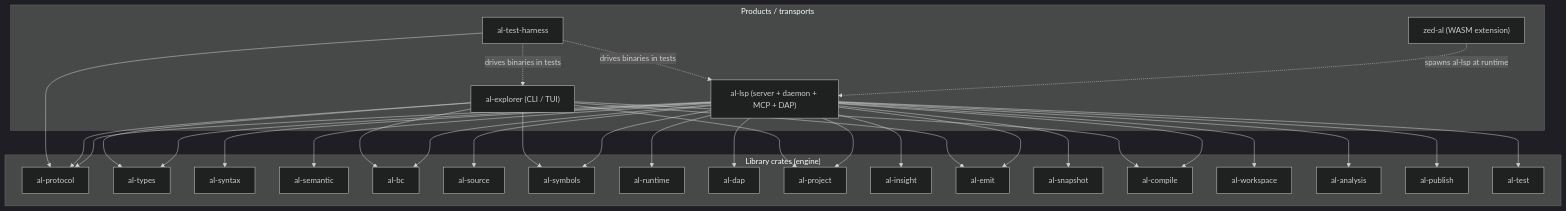
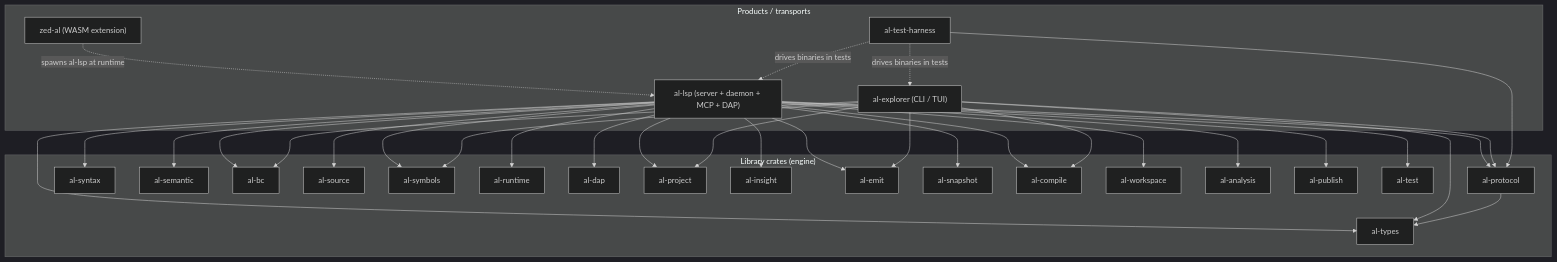
One commit to Brad-Fullwood/al.language.zed changed the second of 3 diagrams in Docs/architecture.md. Above: the diagram before and after it, drawn with Mermaid (dark theme). The commit also changed other lines of this file, not shown here.

Commit message:
docs(architecture): al-protocol depends on al-types for the private folder checks

````diff
--- a/Docs/architecture.md
+++ b/Docs/architecture.md
@@ -147,61 +148,62 @@
 ```mermaid
 graph TD
   subgraph Products["Products / transports"]
     zed_al["zed-al (WASM extension)"]
     al_lsp["al-lsp (server + daemon + MCP + DAP)"]
     al_explorer["al-explorer (CLI / TUI)"]
     al_test_harness["al-test-harness"]
   end
   subgraph Lib["Library crates (engine)"]
     al_protocol["al-protocol"]
     al_types["al-types"]
     al_syntax["al-syntax"]
     al_semantic["al-semantic"]
     al_bc["al-bc"]
     al_source["al-source"]
     al_symbols["al-symbols"]
     al_runtime["al-runtime"]
     al_dap["al-dap"]
     al_project["al-project"]
     al_insight["al-insight"]
     al_emit["al-emit"]
     al_snapshot["al-snapshot"]
     al_compile["al-compile"]
     al_workspace["al-workspace"]
     al_analysis["al-analysis"]
     al_publish["al-publish"]
     al_test["al-test"]
   end
 
   al_lsp --> al_protocol
   al_lsp --> al_types
   al_lsp --> al_syntax
   al_lsp --> al_semantic
   al_lsp --> al_bc
   al_lsp --> al_snapshot
   al_lsp --> al_test
   al_lsp --> al_runtime
   al_lsp --> al_source
   al_lsp --> al_dap
   al_lsp --> al_project
   al_lsp --> al_symbols
   al_lsp --> al_emit
   al_lsp --> al_insight
   al_lsp --> al_compile
   al_lsp --> al_workspace
   al_lsp --> al_publish
   al_lsp --> al_analysis
 
   al_explorer --> al_protocol
   al_explorer --> al_types
   al_explorer --> al_emit
   al_explorer --> al_bc
   al_explorer --> al_project
   al_explorer --> al_compile
   al_explorer --> al_symbols
 
   zed_al -.->|spawns al-lsp at runtime| al_lsp
   al_test_harness --> al_protocol
+  al_protocol --> al_types
   al_test_harness -.->|drives binaries in tests| al_lsp
   al_test_harness -.->|drives binaries in tests| al_explorer
 ```
````
